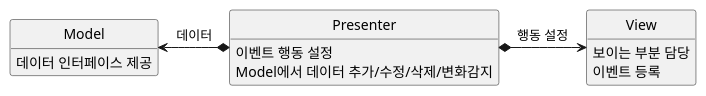
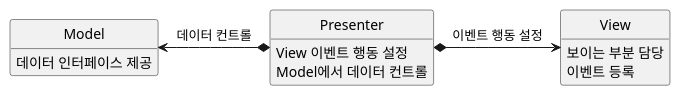
Before and after one commit to vomvoru/vomvoru.github.io: the third of 5 diagrams in _posts/blog/2017-06-19-mvc-mvp-mvvm.md, drawn with PlantUML. The commit also changed other lines of this file, not shown here.

````diff
--- a/_posts/blog/2017-06-19-mvc-mvp-mvvm.md
+++ b/_posts/blog/2017-06-19-mvc-mvp-mvvm.md
@@ -97,22 +99,22 @@
 ```plantuml
 class Model {
     데이터 인터페이스 제공
 }
 
 class View {
     보이는 부분 담당
     이벤트 등록
 }
 
 class Presenter{
-    이벤트 행동 설정
-    Model에서 데이터 추가/수정/삭제/변화감지
+    View 이벤트 행동 설정
+    Model에서 데이터 컨트롤
 }
 
-Presenter *-left-> Model : 데이터
-Presenter *-right-> View : 행동 설정
+Presenter *-left-> Model : 데이터 컨트롤
+Presenter *-right-> View : 이벤트 행동 설정
 
 hide empty fields
 hide empty methods
 hide circle
 ```
````
